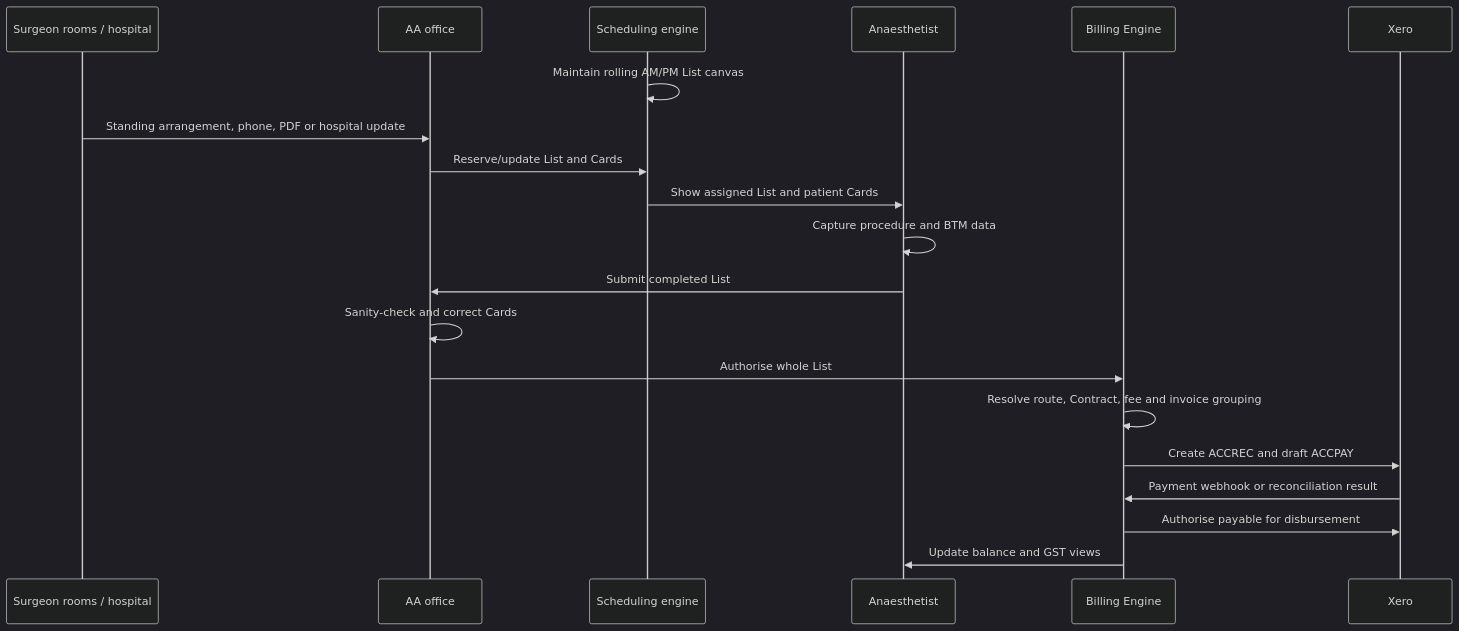
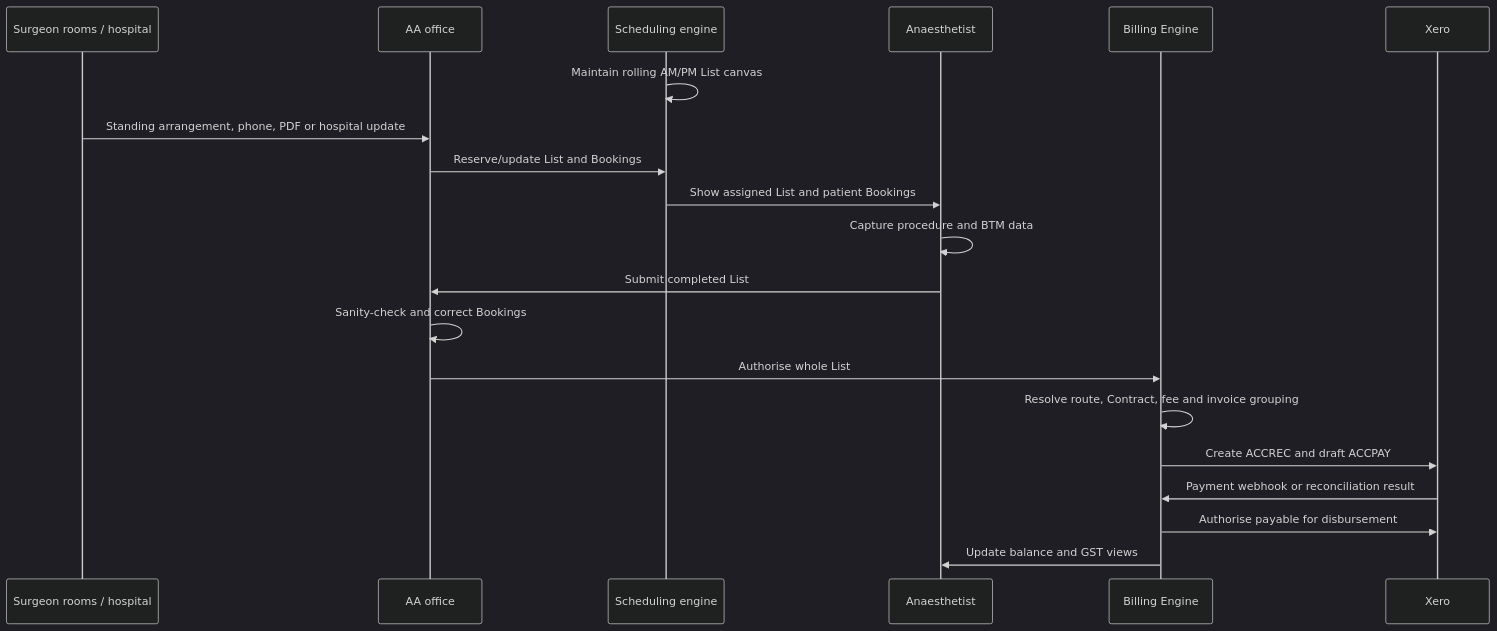
One commit to DFraserStratos/AnaesthesiaAssociatesRFP changed the diagram in docs/demo-guide/02-workflows-and-handoffs.md. Above: the diagram before and after it, drawn with Mermaid (dark theme). The commit also changed other lines of this file and 550 other files, not shown here.

````diff
--- a/docs/demo-guide/02-workflows-and-handoffs.md
+++ b/docs/demo-guide/02-workflows-and-handoffs.md
@@ -5,23 +5,23 @@
 ```mermaid
 sequenceDiagram
     participant SR as Surgeon rooms / hospital
     participant O as AA office
     participant S as Scheduling engine
     participant A as Anaesthetist
     participant B as Billing Engine
     participant X as Xero
 
     S->>S: Maintain rolling AM/PM List canvas
     SR->>O: Standing arrangement, phone, PDF or hospital update
-    O->>S: Reserve/update List and Cards
-    S->>A: Show assigned List and patient Cards
+    O->>S: Reserve/update List and Bookings
+    S->>A: Show assigned List and patient Bookings
     A->>A: Capture procedure and BTM data
     A->>O: Submit completed List
-    O->>O: Sanity-check and correct Cards
+    O->>O: Sanity-check and correct Bookings
     O->>B: Authorise whole List
     B->>B: Resolve route, Contract, fee and invoice grouping
     B->>X: Create ACCREC and draft ACCPAY
     X->>B: Payment webhook or reconciliation result
     B->>X: Authorise payable for disbursement
     B->>A: Update balance and GST views
 ```
````
